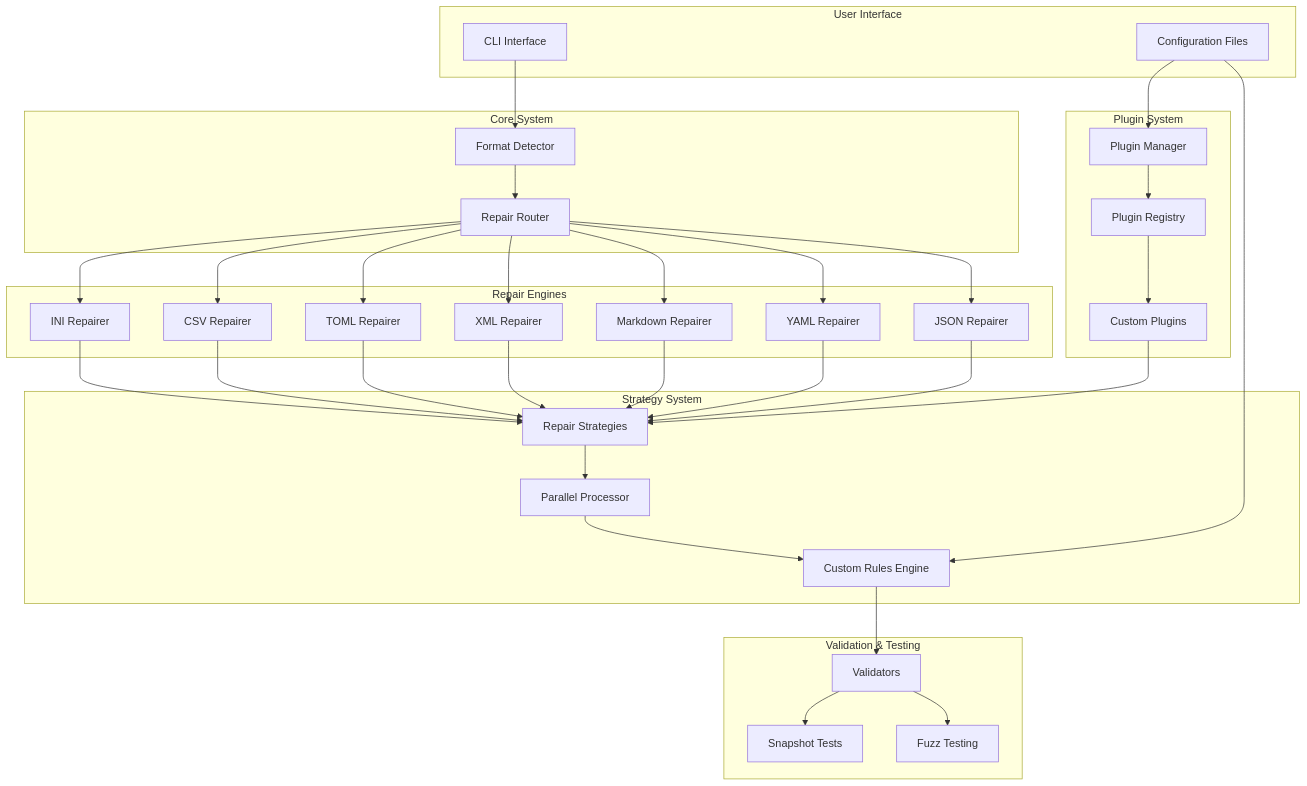
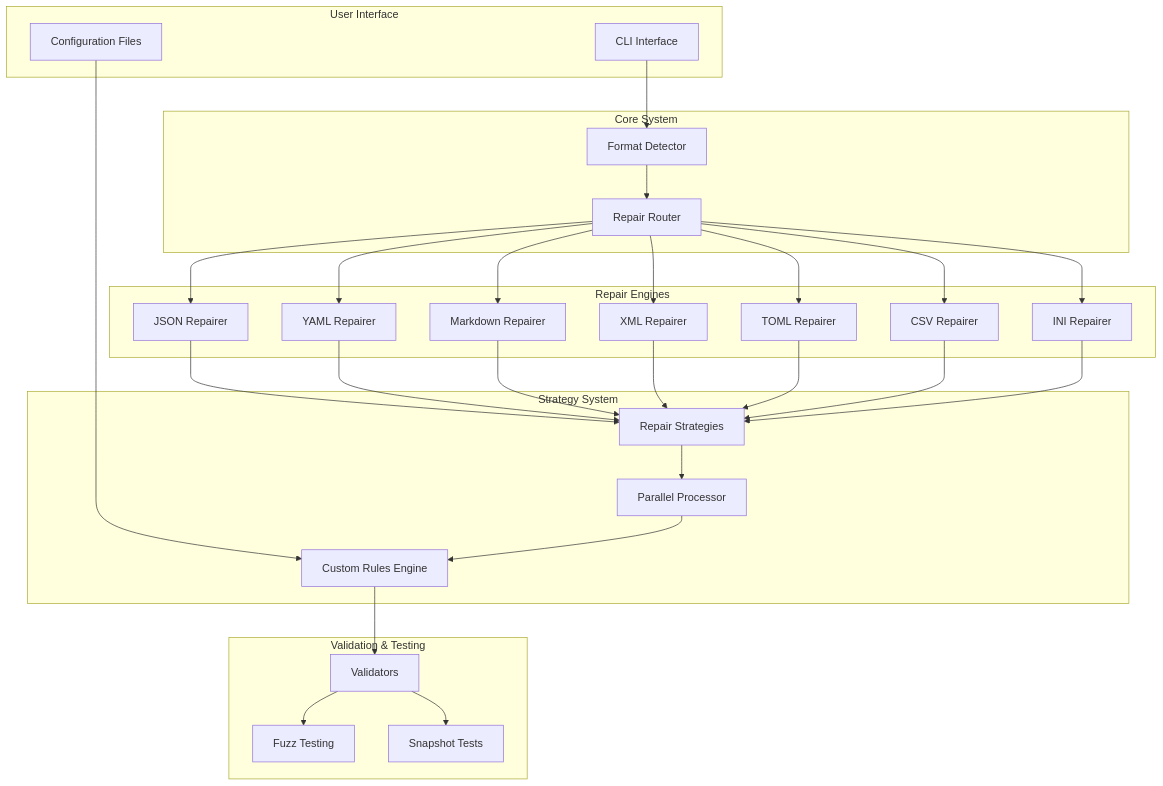
Before and after one commit to yingkitw/anyrepair: the first of 2 diagrams in docs/ARCHITECTURE.md, drawn with Mermaid. The commit also changed other lines of this file and 28 other files, not shown here.

````diff
--- a/docs/ARCHITECTURE.md
+++ b/docs/ARCHITECTURE.md
@@ -290,72 +276,63 @@
 ```mermaid
 graph TB
     subgraph "User Interface"
         CLI[CLI Interface]
         CONFIG[Configuration Files]
     end
     
     subgraph "Core System"
         DETECTOR[Format Detector]
         ROUTER[Repair Router]
     end
     
     subgraph "Repair Engines"
         JSON[JSON Repairer]
         YAML[YAML Repairer]
         MD[Markdown Repairer]
         XML[XML Repairer]
         TOML[TOML Repairer]
         CSV[CSV Repairer]
         INI[INI Repairer]
     end
     
     subgraph "Strategy System"
         STRATEGIES[Repair Strategies]
         PARALLEL[Parallel Processor]
         CUSTOM[Custom Rules Engine]
     end
     
-    subgraph "Plugin System"
-        PLUGIN_MGR[Plugin Manager]
-        PLUGIN_REG[Plugin Registry]
-        PLUGINS[Custom Plugins]
-    end
     
     subgraph "Validation & Testing"
         VALIDATORS[Validators]
         FUZZ[Fuzz Testing]
         SNAPSHOT[Snapshot Tests]
     end
     
     CLI --> DETECTOR
     CONFIG --> CUSTOM
-    CONFIG --> PLUGIN_MGR
     
     DETECTOR --> ROUTER
     ROUTER --> JSON
     ROUTER --> YAML
     ROUTER --> MD
     ROUTER --> XML
     ROUTER --> TOML
     ROUTER --> CSV
     ROUTER --> INI
     
     JSON --> STRATEGIES
     YAML --> STRATEGIES
     MD --> STRATEGIES
     XML --> STRATEGIES
     TOML --> STRATEGIES
     CSV --> STRATEGIES
     INI --> STRATEGIES
     
     STRATEGIES --> PARALLEL
     PARALLEL --> CUSTOM
     CUSTOM --> VALIDATORS
     
-    PLUGIN_MGR --> PLUGIN_REG
-    PLUGIN_REG --> PLUGINS
-    PLUGINS --> STRATEGIES
     
     VALIDATORS --> FUZZ
     VALIDATORS --> SNAPSHOT
 ```
````
